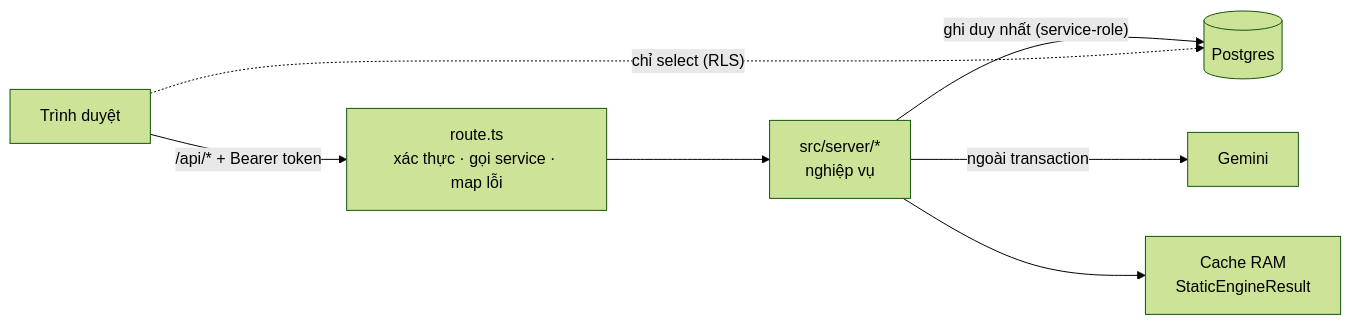
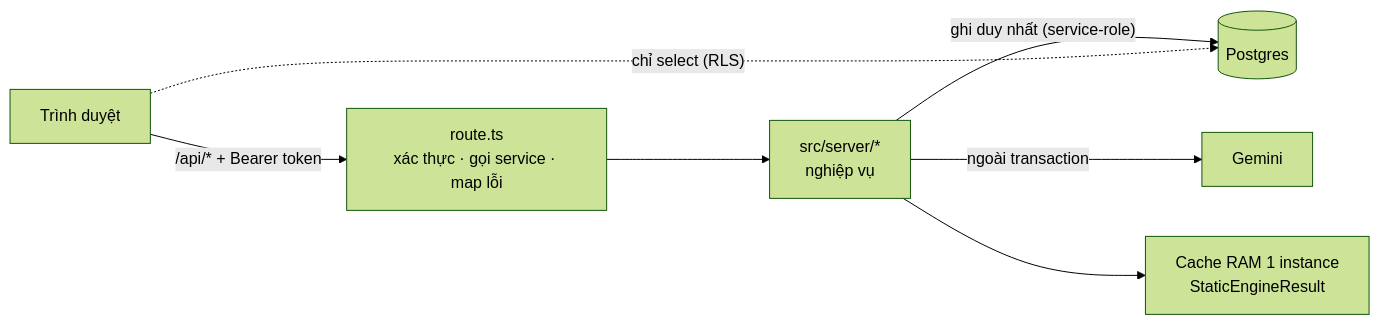
The first of 3 diagrams in spec/03_API_VA_LUU_TRU.md (huynhthanhnhannnh-pixel/Hackathon_SGU), drawn with Mermaid (forest theme) before and after one commit. The commit also changed other lines of this file and 5 other files, not shown here.

````diff
--- a/spec/03_API_VA_LUU_TRU.md
+++ b/spec/03_API_VA_LUU_TRU.md
@@ -15,9 +15,9 @@
 ```mermaid
 flowchart LR
   B["Trình duyệt"] -- "/api/* + Bearer token" --> R["route.ts<br/>xác thực · gọi service · map lỗi"]
   R --> S["src/server/*<br/>nghiệp vụ"]
   S -- "ghi duy nhất (service-role)" --> D[("Postgres")]
   S -- "ngoài transaction" --> A["Gemini"]
-  S --> M["Cache RAM<br/>StaticEngineResult"]
+  S --> M["Cache RAM 1 instance<br/>StaticEngineResult"]
   B -. "chỉ select (RLS)" .-> D
 ```
````
